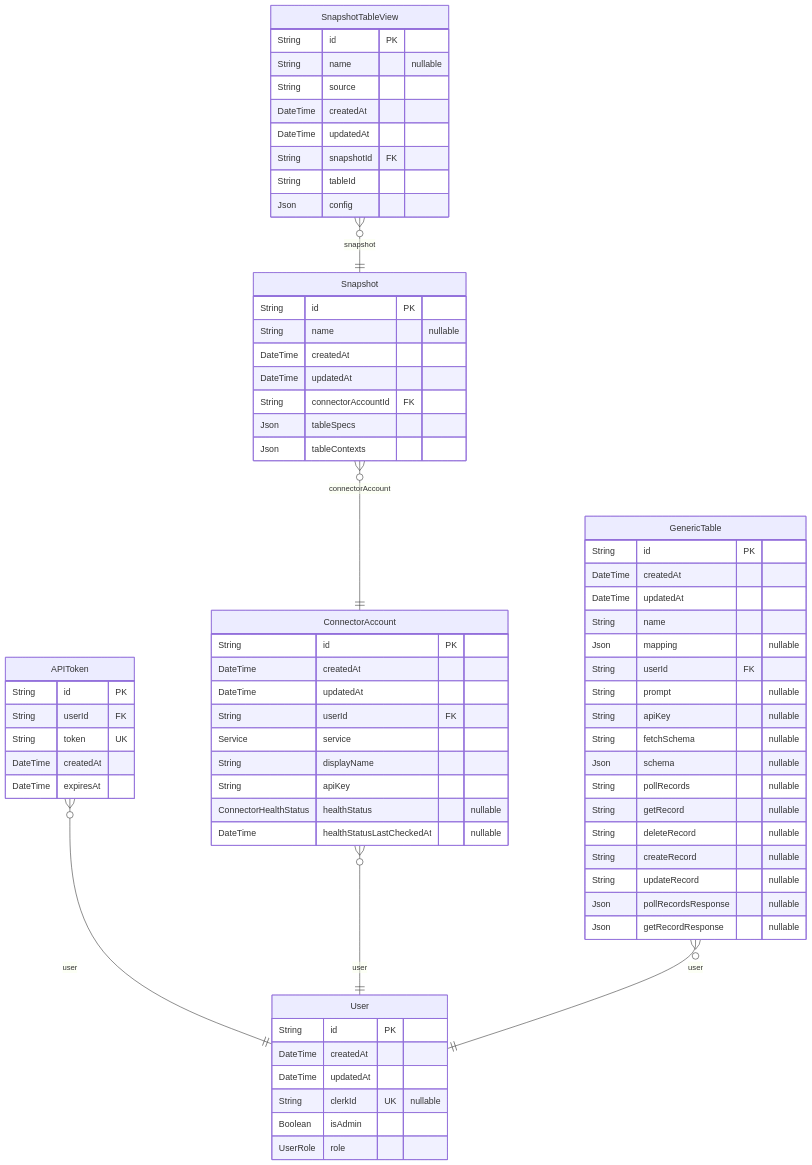
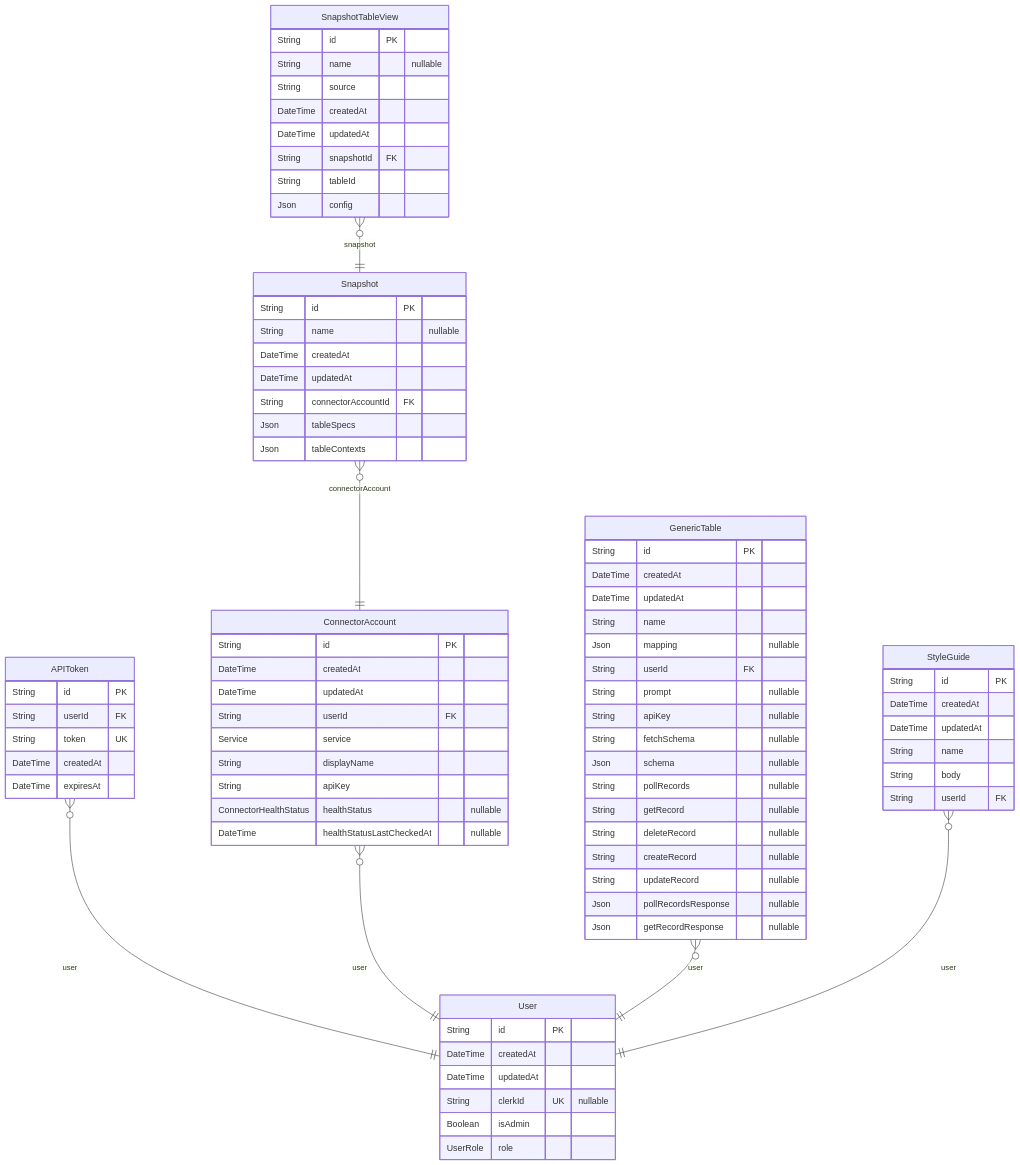
The diagram in server/prisma/ERD.md (whalesync/scratch-cli), drawn with Mermaid before and after one commit. The commit also changed other lines of this file and 26 other files, not shown here.

````diff
--- a/server/prisma/ERD.md
+++ b/server/prisma/ERD.md
@@ -9,72 +9,81 @@
 ```mermaid
 erDiagram
 "User" {
   String id PK
   DateTime createdAt
   DateTime updatedAt
   String clerkId UK "nullable"
   Boolean isAdmin
   UserRole role
 }
 "APIToken" {
   String id PK
   String userId FK
   String token UK
   DateTime createdAt
   DateTime expiresAt
 }
 "ConnectorAccount" {
   String id PK
   DateTime createdAt
   DateTime updatedAt
   String userId FK
   Service service
   String displayName
   String apiKey
   ConnectorHealthStatus healthStatus "nullable"
   DateTime healthStatusLastCheckedAt "nullable"
 }
 "Snapshot" {
   String id PK
   String name "nullable"
   DateTime createdAt
   DateTime updatedAt
   String connectorAccountId FK
   Json tableSpecs
   Json tableContexts
 }
 "GenericTable" {
   String id PK
   DateTime createdAt
   DateTime updatedAt
   String name
   Json mapping "nullable"
   String userId FK
   String prompt "nullable"
   String apiKey "nullable"
   String fetchSchema "nullable"
   Json schema "nullable"
   String pollRecords "nullable"
   String getRecord "nullable"
   String deleteRecord "nullable"
   String createRecord "nullable"
   String updateRecord "nullable"
   Json pollRecordsResponse "nullable"
   Json getRecordResponse "nullable"
 }
 "SnapshotTableView" {
   String id PK
   String name "nullable"
   String source
   DateTime createdAt
   DateTime updatedAt
   String snapshotId FK
   String tableId
   Json config
 }
+"StyleGuide" {
+  String id PK
+  DateTime createdAt
+  DateTime updatedAt
+  String name
+  String body
+  String userId FK
+}
 "APIToken" }o--|| "User" : user
 "ConnectorAccount" }o--|| "User" : user
 "Snapshot" }o--|| "ConnectorAccount" : connectorAccount
 "GenericTable" }o--|| "User" : user
 "SnapshotTableView" }o--|| "Snapshot" : snapshot
+"StyleGuide" }o--|| "User" : user
 ```
````
